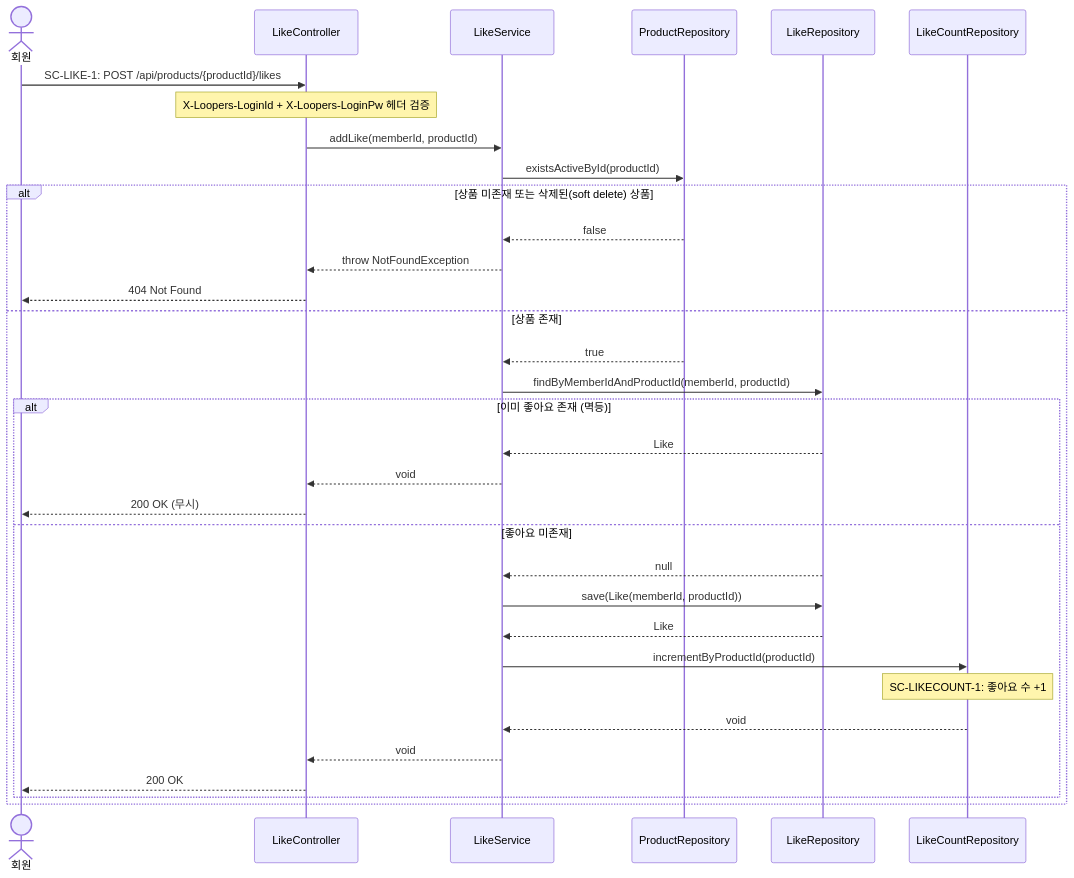
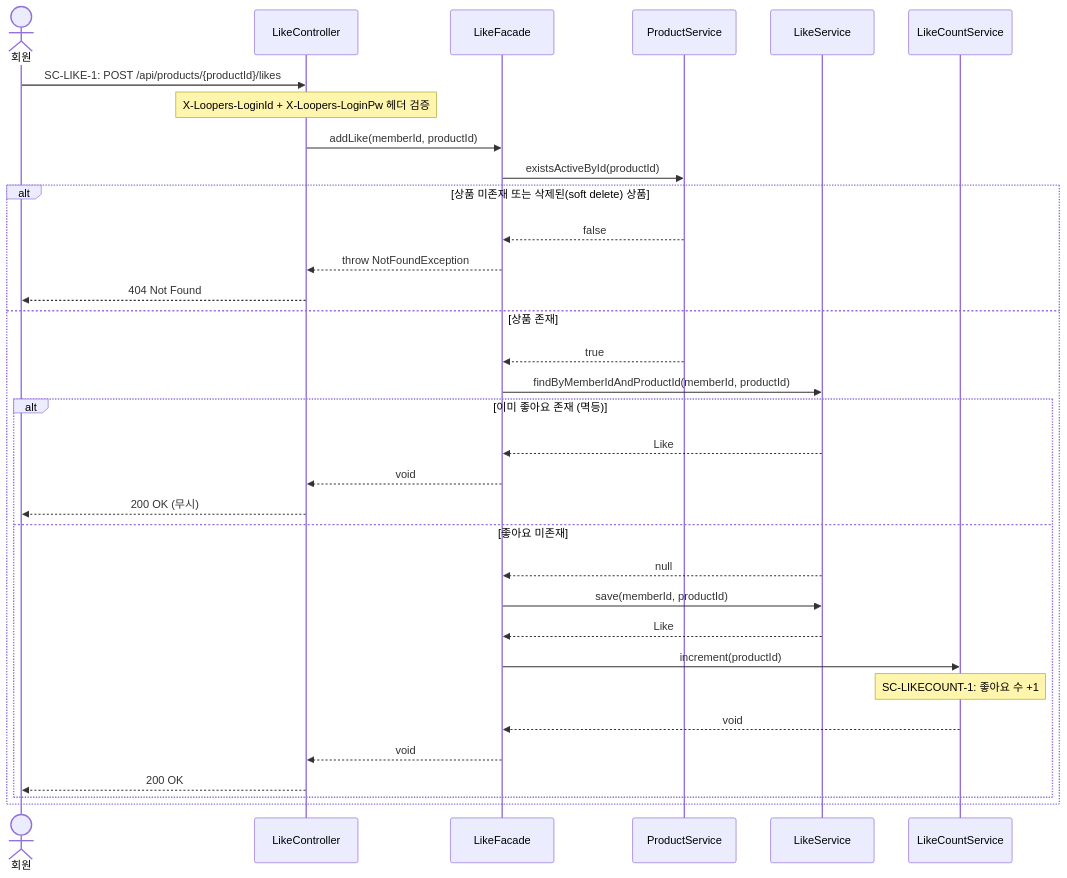
Diagram 25 of 41 in docs/02-sequence-diagrams.md (loopers-labs/loop-pack-be-l2-vol4-kotlin), drawn with Mermaid before and after one commit. The commit also changed other lines of this file and 2 other files, not shown here.

Commit message:
:memo: 3차 클래스 다이어그램 일단 완료

````diff
--- a/docs/02-sequence-diagrams.md
+++ b/docs/02-sequence-diagrams.md
@@ -750,38 +755,38 @@
 ```mermaid
 sequenceDiagram
     actor Member as 회원
     participant Controller as LikeController
-    participant Service as LikeService
-    participant ProductRepo as ProductRepository
-    participant LikeRepo as LikeRepository
-    participant LikeCountRepo as LikeCountRepository
+    participant Facade as LikeFacade
+    participant ProductService as ProductService
+    participant LikeService as LikeService
+    participant LikeCountService as LikeCountService
 
     Member->>Controller: SC-LIKE-1: POST /api/products/{productId}/likes
     Note over Controller: X-Loopers-LoginId + X-Loopers-LoginPw 헤더 검증
 
-    Controller->>Service: addLike(memberId, productId)
-    Service->>ProductRepo: existsActiveById(productId)
+    Controller->>Facade: addLike(memberId, productId)
+    Facade->>ProductService: existsActiveById(productId)
 
     alt 상품 미존재 또는 삭제된(soft delete) 상품
-        ProductRepo-->>Service: false
-        Service-->>Controller: throw NotFoundException
+        ProductService-->>Facade: false
+        Facade-->>Controller: throw NotFoundException
         Controller-->>Member: 404 Not Found
     else 상품 존재
-        ProductRepo-->>Service: true
-        Service->>LikeRepo: findByMemberIdAndProductId(memberId, productId)
+        ProductService-->>Facade: true
+        Facade->>LikeService: findByMemberIdAndProductId(memberId, productId)
         alt 이미 좋아요 존재 (멱등)
-            LikeRepo-->>Service: Like
-            Service-->>Controller: void
+            LikeService-->>Facade: Like
+            Facade-->>Controller: void
             Controller-->>Member: 200 OK (무시)
         else 좋아요 미존재
-            LikeRepo-->>Service: null
-            Service->>LikeRepo: save(Like(memberId, productId))
-            LikeRepo-->>Service: Like
-            Service->>LikeCountRepo: incrementByProductId(productId)
-            Note over LikeCountRepo: SC-LIKECOUNT-1: 좋아요 수 +1
-            LikeCountRepo-->>Service: void
-            Service-->>Controller: void
+            LikeService-->>Facade: null
+            Facade->>LikeService: save(memberId, productId)
+            LikeService-->>Facade: Like
+            Facade->>LikeCountService: increment(productId)
+            Note over LikeCountService: SC-LIKECOUNT-1: 좋아요 수 +1
+            LikeCountService-->>Facade: void
+            Facade-->>Controller: void
             Controller-->>Member: 200 OK
         end
     end
 ```
````
